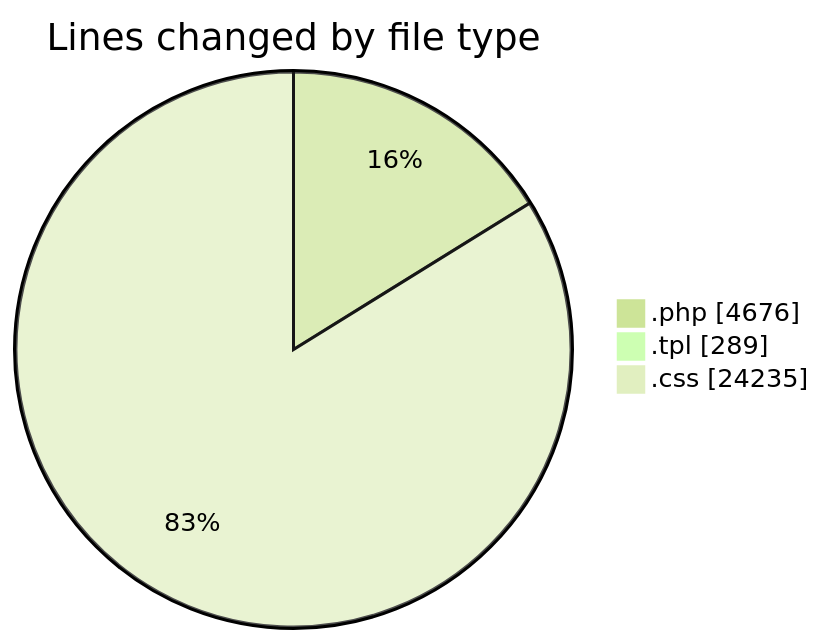
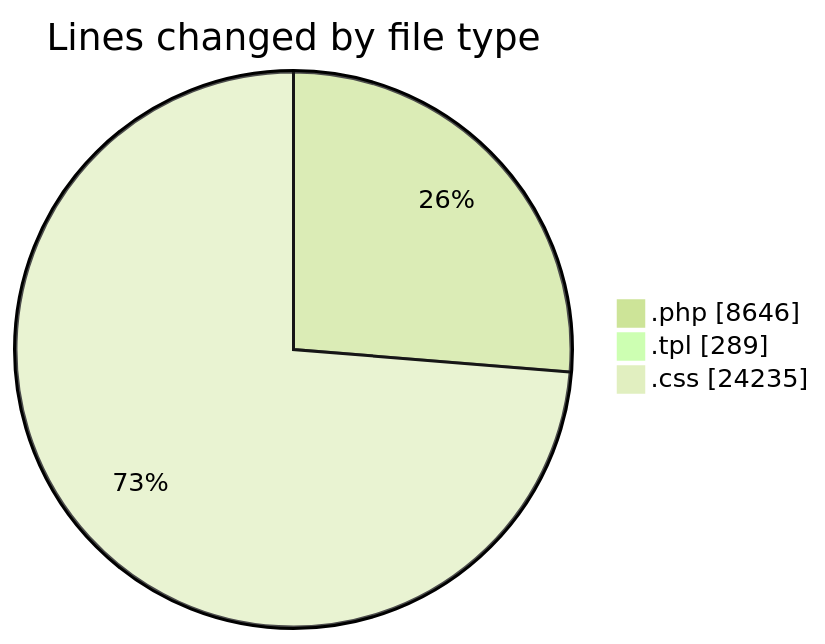
Before and after one commit to vahidmafi/code-tracking: the first of 2 diagrams in 2025-04-18/zeytoon/README.md, drawn with Mermaid (forest theme). The commit also changed other lines of this file and 1 other file, not shown here.

````diff
--- a/2025-04-18/zeytoon/README.md
+++ b/2025-04-18/zeytoon/README.md
@@ -29,7 +32,7 @@
 ```mermaid
 pie showData
 title Lines changed by file type
-".php" : 4676
+".php" : 8646
 ".tpl" : 289
 ".css" : 24235
 ```
````
